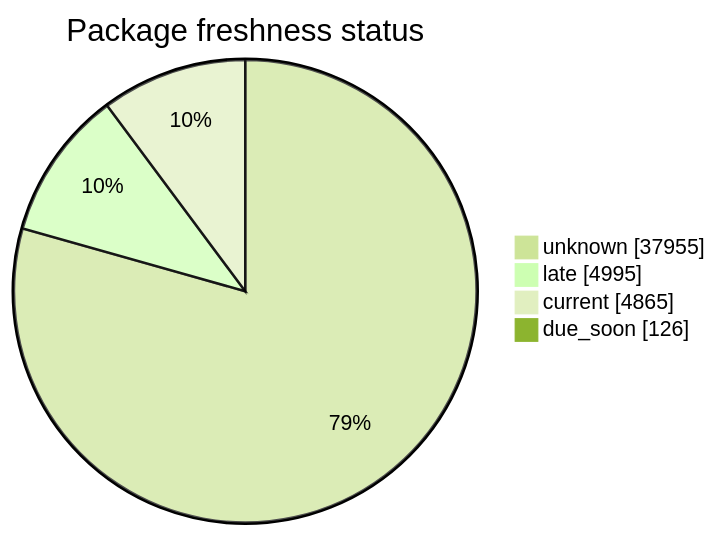
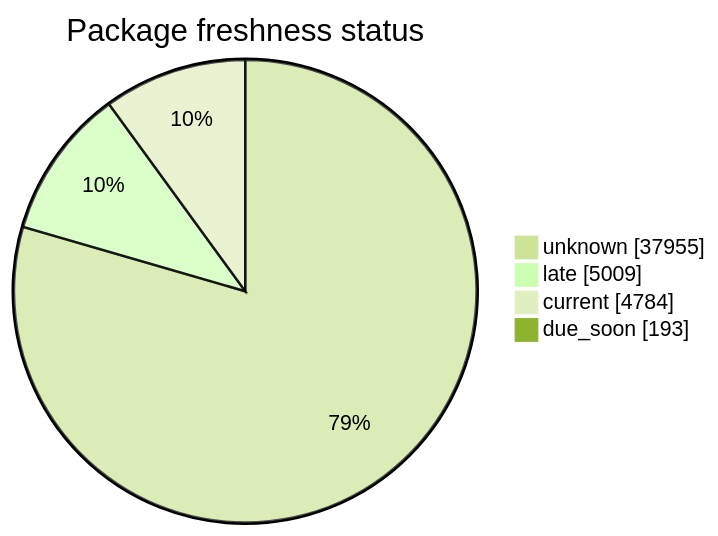
The second of 5 diagrams in FreshCheck/README.md (open-data/analytics-corporate-reporting), drawn with Mermaid (forest theme) before and after one commit. The commit also changed other lines of this file and 3 other files, not shown here.

````diff
--- a/FreshCheck/README.md
+++ b/FreshCheck/README.md
@@ -68,7 +68,7 @@
 ```mermaid
 pie showData title Package freshness status
     "unknown": 37955
-    "late": 4995
-    "current": 4865
-    "due_soon": 126
+    "late": 5009
+    "current": 4784
+    "due_soon": 193
 ```
````
